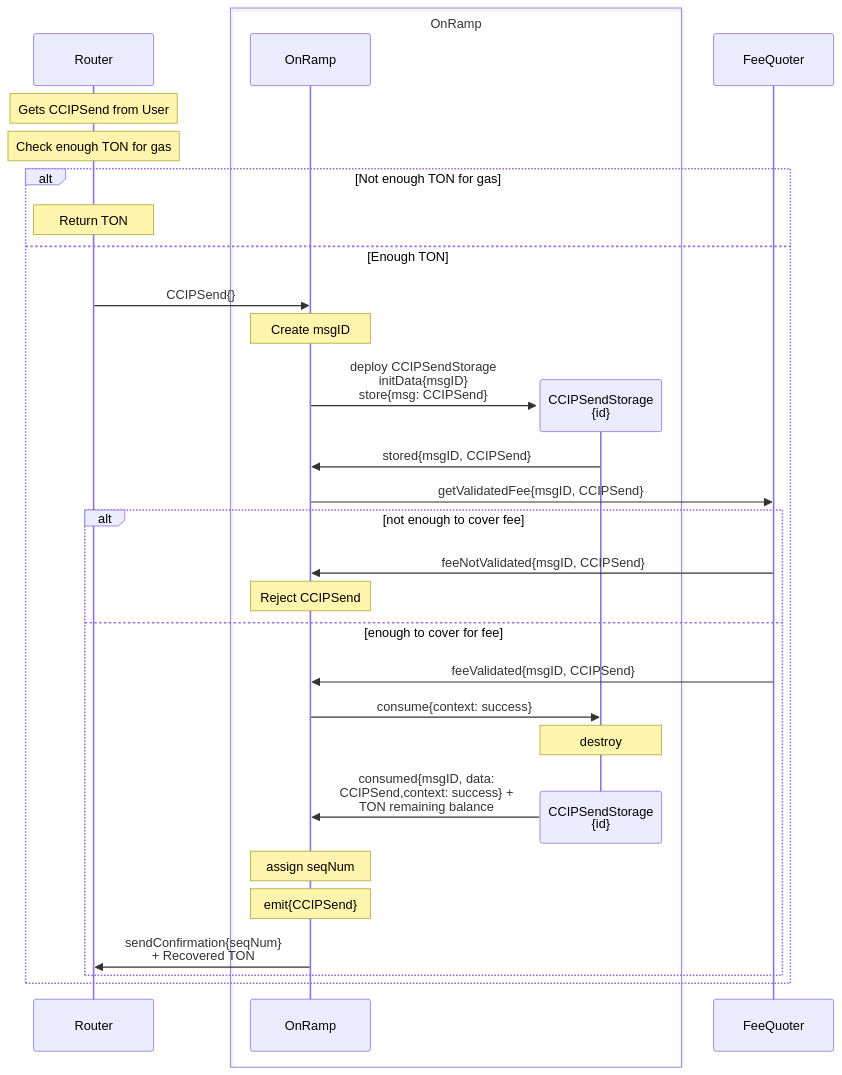
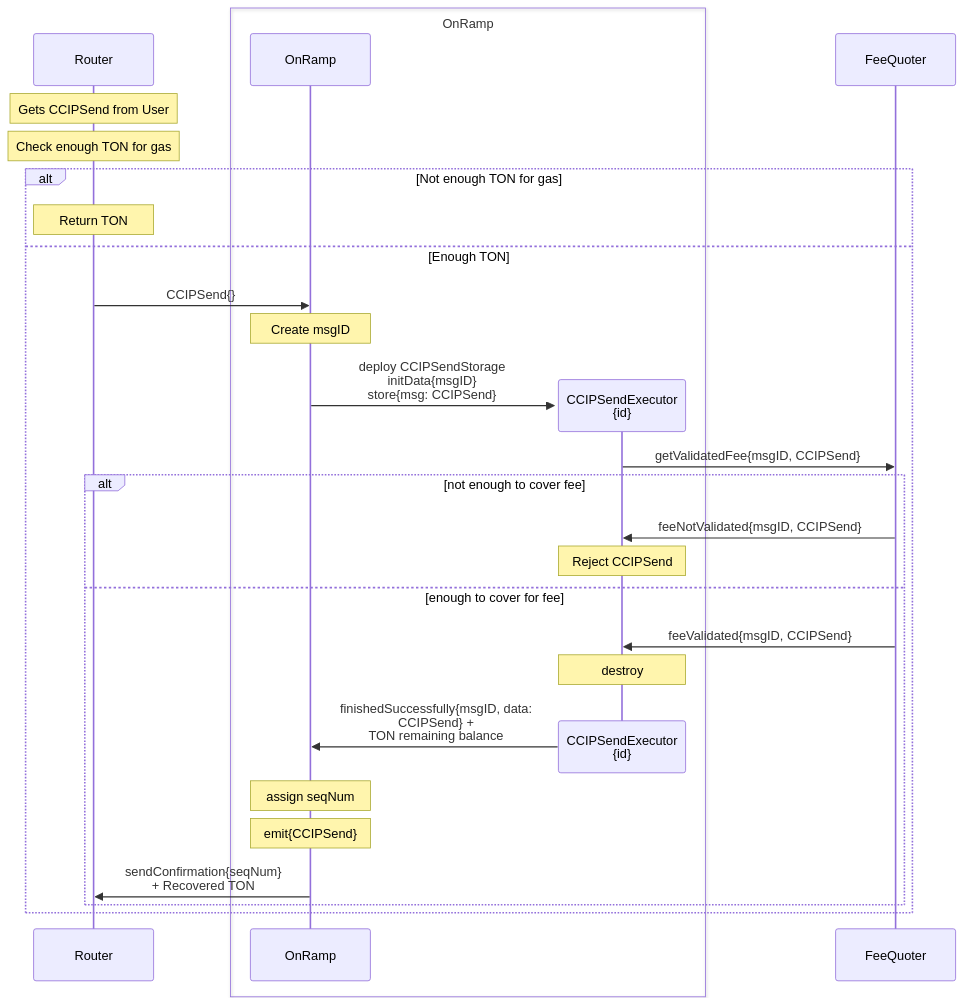
Before and after one commit to smartcontractkit/chainlink-ton: the first of 2 diagrams in docs/contracts/ccip/flow/onramp/arbitrary-msg.md, drawn with Mermaid. The commit also changed other lines of this file and 1 other file, not shown here.

Commit message:
feat: delegate execution

````diff
--- a/docs/contracts/ccip/flow/onramp/arbitrary-msg.md
+++ b/docs/contracts/ccip/flow/onramp/arbitrary-msg.md
@@ -5,43 +5,41 @@
 ```mermaid
 sequenceDiagram
     participant R as Router
 
     Note over R: Gets CCIPSend from User
     Note over R: Check enough TON for gas 
     alt Not enough TON for gas
     Note over R: Return TON
     else Enough TON
 
     R ->> OR: CCIPSend{}
     
     Note over OR: Create msgID
-    create participant CS
-    OR ->> CS: deploy CCIPSendStorage <br>initData{msgID}<br>store{msg: CCIPSend}
-    CS ->> OR: stored{msgID, CCIPSend}
+    create participant ORM
+    OR ->> ORM: deploy CCIPSendStorage <br>initData{msgID}<br>store{msg: CCIPSend}
 
     box OnRamp
     participant OR as OnRamp
-    participant CS as CCIPSendStorage<br>{id}
+    participant ORM as CCIPSendExecutor<br>{id}
     end
 
     participant FQ as FeeQuoter
 
-    OR ->> FQ: getValidatedFee{msgID, CCIPSend}
+    ORM ->> FQ: getValidatedFee{msgID, CCIPSend}
 
 
     alt not enough to cover fee
-    FQ ->> OR: feeNotValidated{msgID, CCIPSend}
-    Note over OR: Reject CCIPSend
+    FQ ->> ORM: feeNotValidated{msgID, CCIPSend}
+    Note over ORM: Reject CCIPSend
 
     else enough to cover for fee
-    FQ ->> OR: feeValidated{msgID, CCIPSend}
-    OR ->> CS: consume{context: success} 
-    Note over CS: destroy
-    destroy CS
-    CS ->> OR: consumed{msgID, data:<br>CCIPSend,context: success} +<br>TON remaining balance
+    FQ ->> ORM: feeValidated{msgID, CCIPSend}
+    Note over ORM: destroy
+    destroy ORM
+    ORM ->> OR: finishedSuccessfully{msgID, data:<br>CCIPSend} +<br>TON remaining balance
     note over OR: assign seqNum
     note over OR: emit{CCIPSend}
     OR ->> R: sendConfirmation{seqNum}<br>+ Recovered TON
     end
     end
 ```
````
